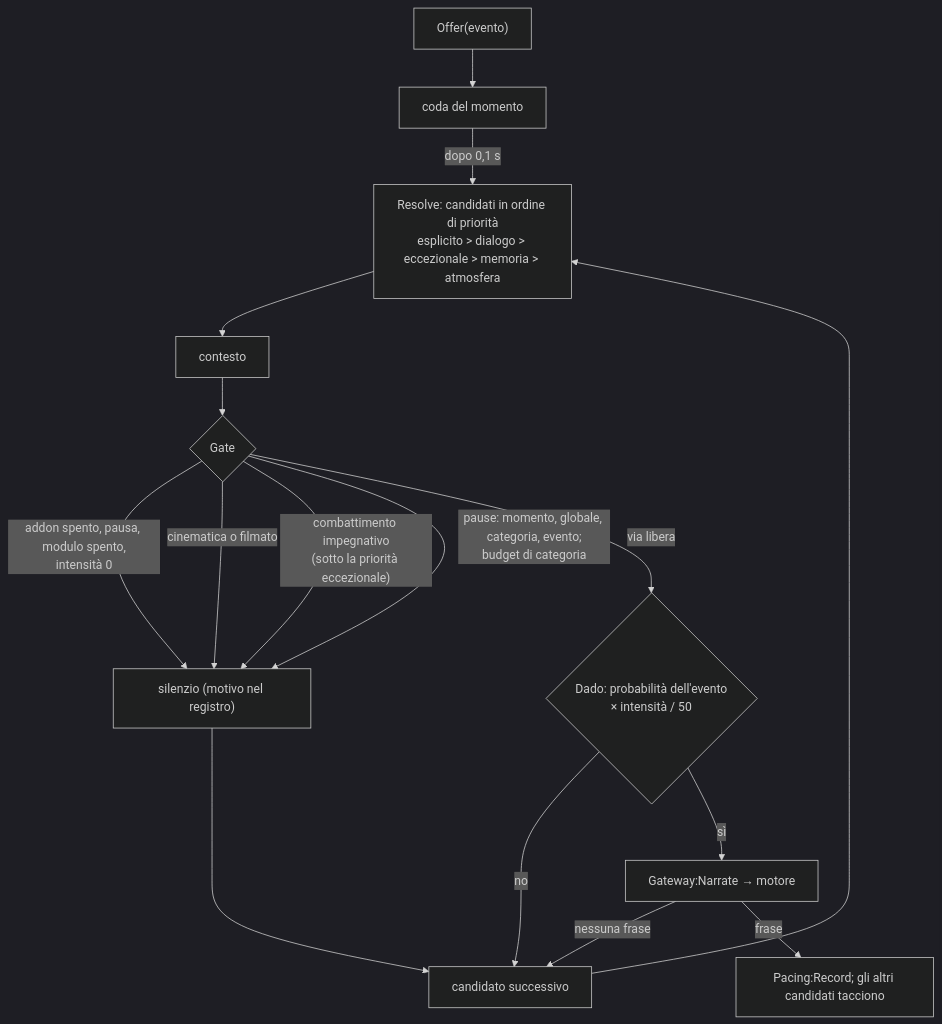
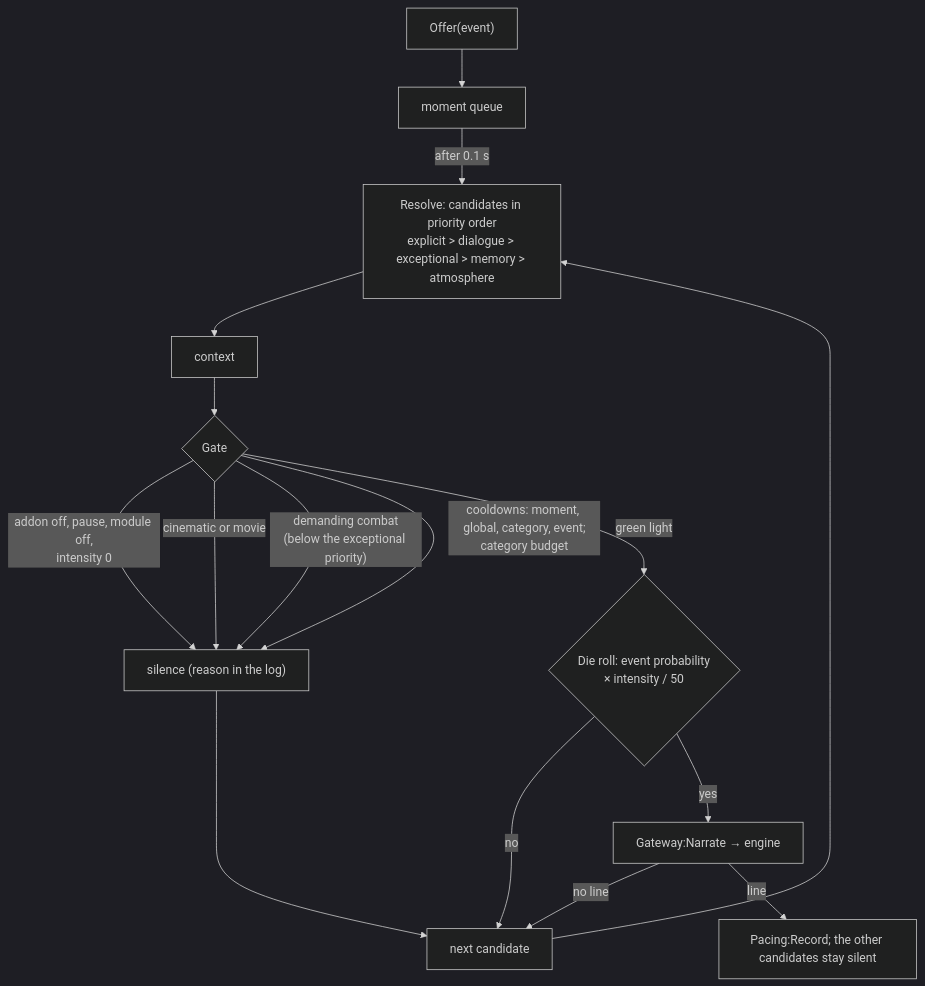
The fourth of 14 diagrams in docs/ARCHITECTURE.md (Finland6738/azeroth-unspoken), drawn with Mermaid (dark theme) before and after one commit. The commit also changed other lines of this file and 31 other files, not shown here.

````diff
--- a/docs/ARCHITECTURE.md
+++ b/docs/ARCHITECTURE.md
@@ -256,18 +256,18 @@
 ```mermaid
 flowchart TD
-    O["Offer(evento)"] --> Q["coda del momento"]
-    Q -- "dopo 0,1 s" --> R["Resolve: candidati in ordine di priorità<br/>esplicito > dialogo > eccezionale > memoria > atmosfera"]
-    R --> C["contesto"]
+    O["Offer(event)"] --> Q["moment queue"]
+    Q -- "after 0.1 s" --> R["Resolve: candidates in priority order<br/>explicit > dialogue > exceptional > memory > atmosphere"]
+    R --> C["context"]
     C --> G{"Gate"}
-    G -- "addon spento, pausa, modulo spento,<br/>intensità 0" --> S["silenzio (motivo nel registro)"]
-    G -- "cinematica o filmato" --> S
-    G -- "combattimento impegnativo<br/>(sotto la priorità eccezionale)" --> S
-    G -- "pause: momento, globale, categoria, evento;<br/>budget di categoria" --> S
-    G -- "via libera" --> D{"Dado: probabilità dell'evento<br/>× intensità / 50"}
-    D -- no --> N["candidato successivo"]
-    D -- sì --> P["Gateway:Narrate → motore"]
-    P -- "nessuna frase" --> N
-    P -- "frase" --> REC["Pacing:Record; gli altri candidati tacciono"]
+    G -- "addon off, pause, module off,<br/>intensity 0" --> S["silence (reason in the log)"]
+    G -- "cinematic or movie" --> S
+    G -- "demanding combat<br/>(below the exceptional priority)" --> S
+    G -- "cooldowns: moment, global, category, event;<br/>category budget" --> S
+    G -- "green light" --> D{"Die roll: event probability<br/>× intensity / 50"}
+    D -- no --> N["next candidate"]
+    D -- yes --> P["Gateway:Narrate → engine"]
+    P -- "no line" --> N
+    P -- "line" --> REC["Pacing:Record; the other candidates stay silent"]
     S --> N
     N --> R
 ```
````
